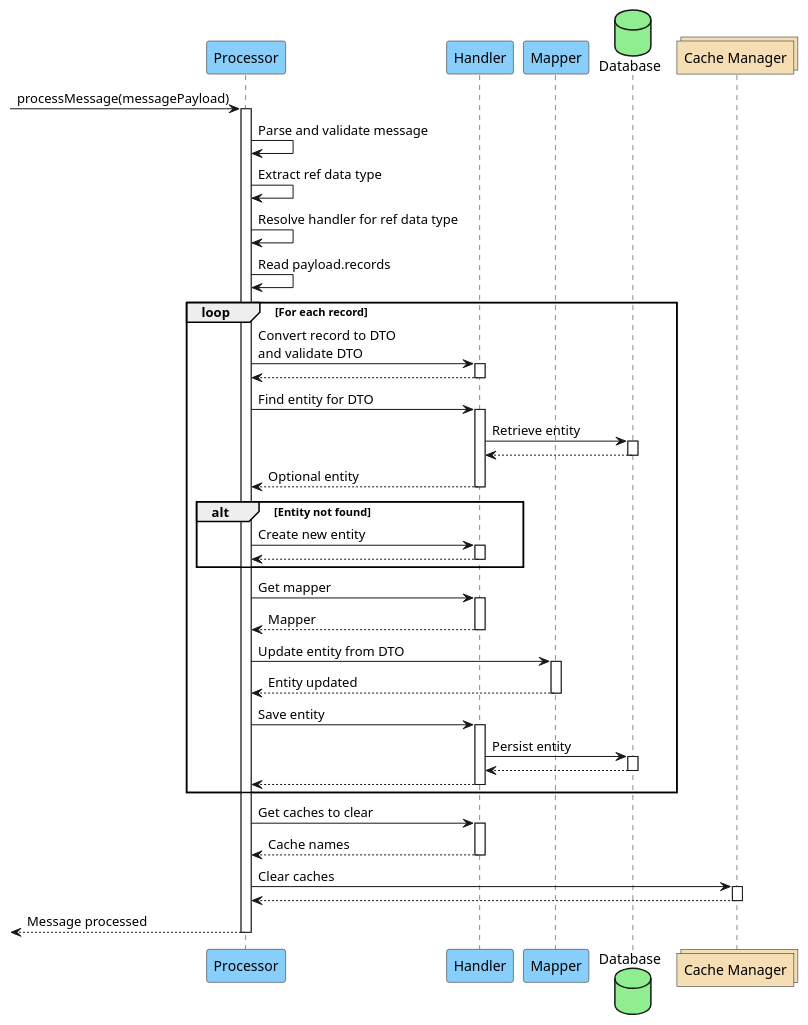
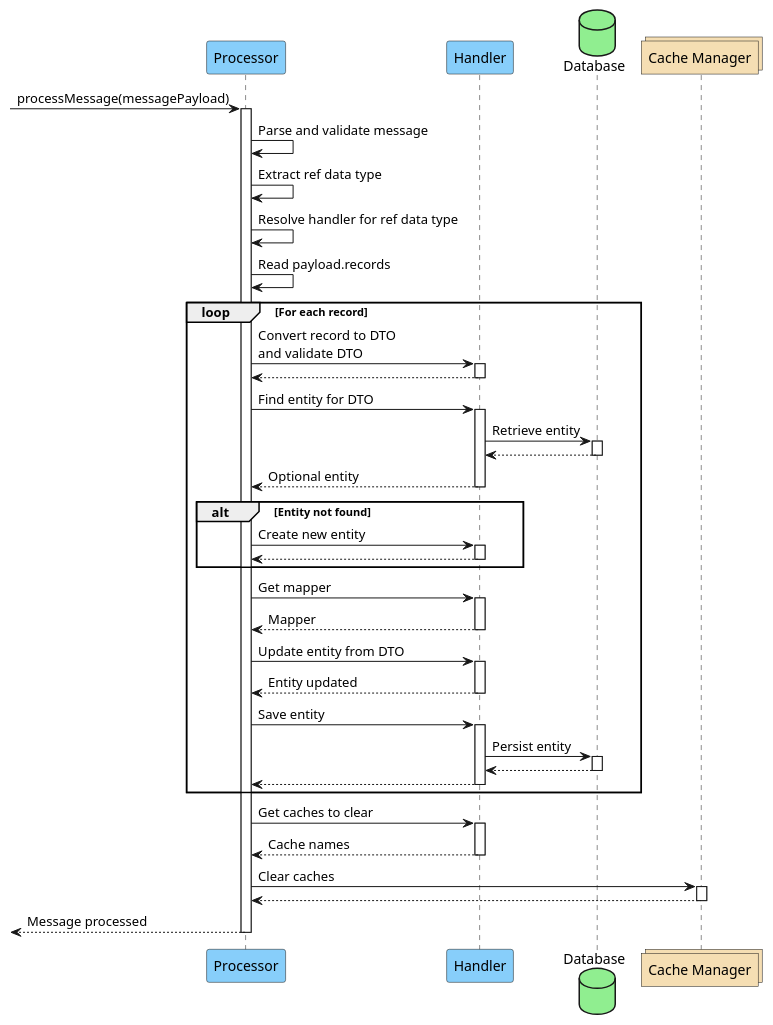
The diagram in plantUML/reference-data/processor_handler.puml (hmcts/opal-docs), drawn with PlantUML before and after one commit.

Commit message:
processor handler - remove mapper

```diff
--- a/plantUML/reference-data/processor_handler.puml
+++ b/plantUML/reference-data/processor_handler.puml
@@ -1,52 +1,51 @@
 @startuml
 participant "Processor" as processor #lightskyblue
 participant "Handler" as handler #lightskyblue
-participant "Mapper" as mapper #lightskyblue
 database "Database" as db #lightgreen
 collections "Cache Manager" as cacheManager #wheat
 
 -> processor ++ : processMessage(messagePayload)
 
 processor -> processor : Parse and validate message
 processor -> processor : Extract ref data type
 processor -> processor : Resolve handler for ref data type
 
 processor -> processor : Read payload.records
 
 loop For each record
     processor -> handler ++ : Convert record to DTO\nand validate DTO
     handler --> processor --
 
     processor -> handler ++ : Find entity for DTO
     handler -> db ++ : Retrieve entity
     db --> handler --
     handler --> processor -- : Optional entity
 
     alt Entity not found
         processor -> handler ++ : Create new entity
         handler --> processor --
     end
 
     processor -> handler ++ : Get mapper
     handler --> processor -- : Mapper
 
-    processor -> mapper ++ : Update entity from DTO
-    mapper --> processor -- : Entity updated
+    processor -> handler ++ : Update entity from DTO
+    handler --> processor -- : Entity updated
 
     processor -> handler ++ : Save entity
     handler -> db ++ : Persist entity
     db --> handler --
     handler --> processor --
 end
 
 processor -> handler ++ : Get caches to clear
 handler --> processor -- : Cache names
 
 processor -> cacheManager ++ : Clear caches
 cacheManager --> processor --
 
 <-- processor : Message processed
 
 deactivate processor
 
 @enduml
```
